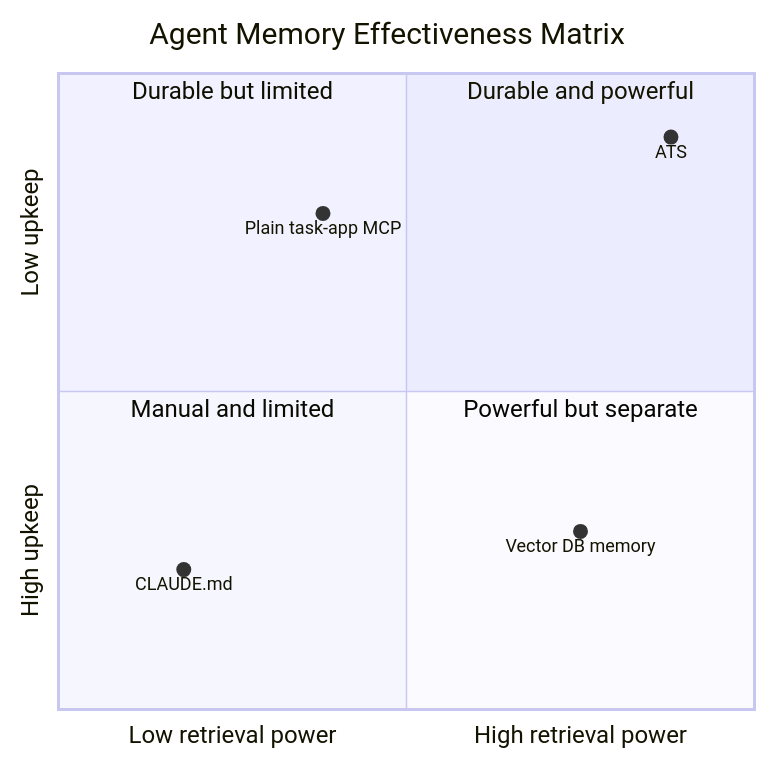
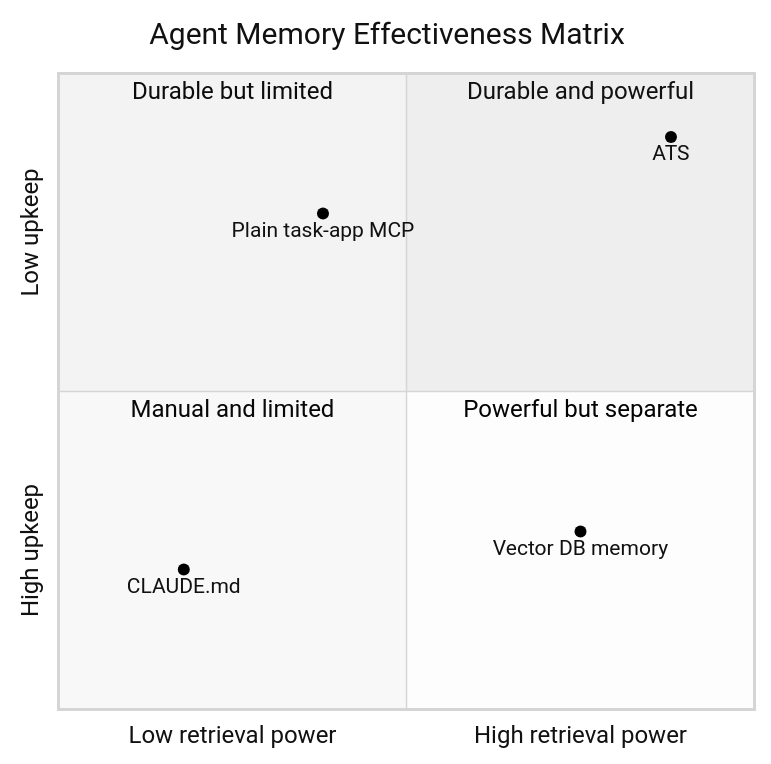
One commit to renezander030/agentic-task-system changed the diagram in README.md. Above: the diagram before and after it, drawn with Mermaid. The commit also changed 1 other file, not shown here.

Commit message:
docs: use light theme for README visuals

````diff
--- a/README.md
+++ b/README.md
@@ -17,14 +17,15 @@
 ```mermaid
+%%{init: {"theme": "neutral", "quadrantChart": {"pointRadius": 4, "pointLabelFontSize": 14}}}%%
 quadrantChart
     title Agent Memory Effectiveness Matrix
     x-axis Low retrieval power --> High retrieval power
     y-axis High upkeep --> Low upkeep
     quadrant-1 Durable and powerful
     quadrant-2 Durable but limited
     quadrant-3 Manual and limited
     quadrant-4 Powerful but separate
     CLAUDE.md: [0.18, 0.22]
     Vector DB memory: [0.75, 0.28]
     Plain task-app MCP: [0.38, 0.78]
     ATS: [0.88, 0.90]
 ```
````
